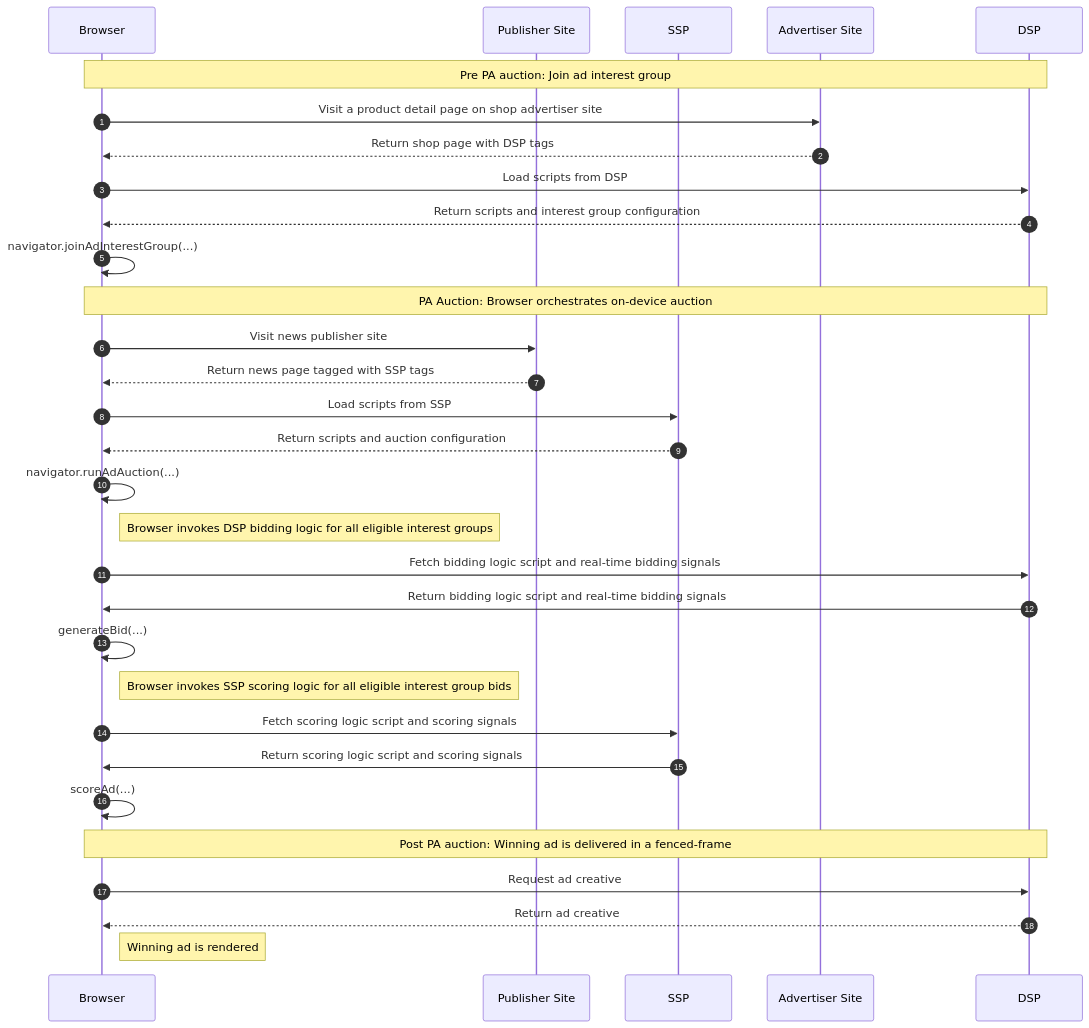
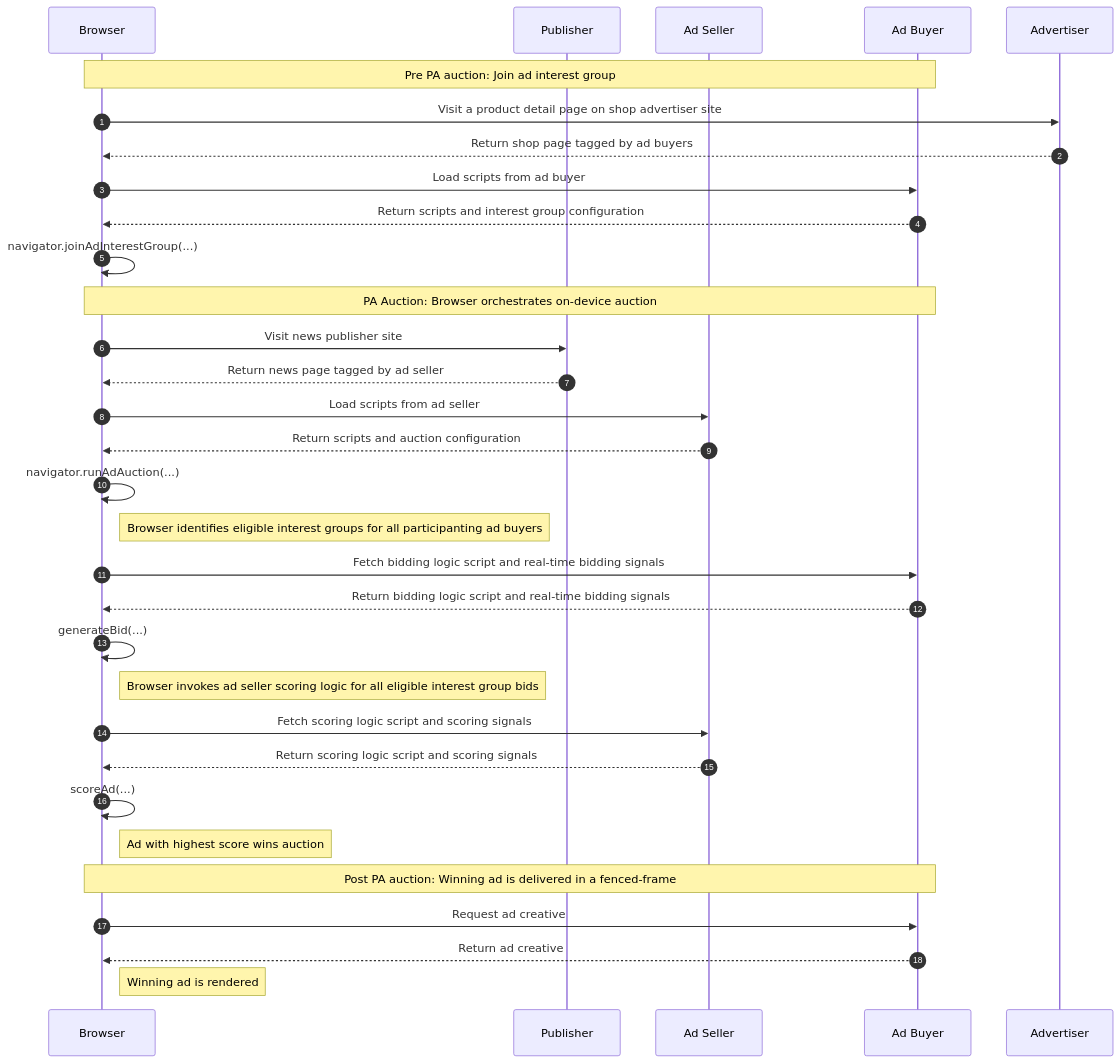
Before and after one commit to privacysandbox/privacy-sandbox-demos: the diagram in services/home/docs/demos/retargeting-remarketing.md, drawn with Mermaid. The commit also changed other lines of this file and 10 other files, not shown here.

````diff
--- a/services/home/docs/demos/retargeting-remarketing.md
+++ b/services/home/docs/demos/retargeting-remarketing.md
@@ -74,43 +69,44 @@
 ```mermaid
 sequenceDiagram
 autonumber
 
 participant Browser
-participant Publisher as Publisher Site
-participant SSP
-participant Advertiser as Advertiser Site
-participant DSP
+participant Publisher
+participant SSP as Ad Seller
+participant DSP as Ad Buyer
+participant Advertiser
+
 
 Note over Browser,DSP: Pre PA auction: Join ad interest group
 Browser ->> Advertiser: Visit a product detail page on shop advertiser site
-Advertiser -->> Browser: Return shop page with DSP tags
-Browser ->> DSP: Load scripts from DSP
+Advertiser -->> Browser: Return shop page tagged by ad buyers
+Browser ->> DSP: Load scripts from ad buyer
 DSP -->> Browser: Return scripts and interest group configuration
-
 Browser ->> Browser: navigator.joinAdInterestGroup(...)
 
 Note over Browser,DSP: PA Auction: Browser orchestrates on-device auction
 Browser ->> Publisher: Visit news publisher site
-Publisher -->> Browser: Return news page tagged with SSP tags
-Browser ->> SSP: Load scripts from SSP
+Publisher -->> Browser: Return news page tagged by ad seller
+Browser ->> SSP: Load scripts from ad seller
 SSP -->> Browser: Return scripts and auction configuration
 
 Browser ->> Browser: navigator.runAdAuction(...)
 
-note right of Browser: Browser invokes DSP bidding logic for all eligible interest groups
+Note right of Browser: Browser identifies eligible interest groups for all participanting ad buyers
 Browser ->> DSP: Fetch bidding logic script and real-time bidding signals
-DSP ->> Browser: Return bidding logic script and real-time bidding signals
+DSP -->> Browser: Return bidding logic script and real-time bidding signals
 Browser ->> Browser: generateBid(...)
 
-note right of Browser: Browser invokes SSP scoring logic for all eligible interest group bids
+Note right of Browser: Browser invokes ad seller scoring logic for all eligible interest group bids
 Browser ->> SSP: Fetch scoring logic script and scoring signals
-SSP ->> Browser: Return scoring logic script and scoring signals
+SSP -->> Browser: Return scoring logic script and scoring signals
 Browser ->> Browser: scoreAd(...)
+Note right of Browser: Ad with highest score wins auction
 
-note over Browser,DSP: Post PA auction: Winning ad is delivered in a fenced-frame
+Note over Browser,DSP: Post PA auction: Winning ad is delivered in a fenced-frame
 Browser ->> DSP: Request ad creative
 DSP -->> Browser: Return ad creative
 
 Note right of Browser: Winning ad is rendered
 
 ```
````
